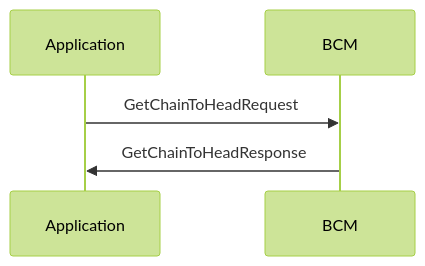
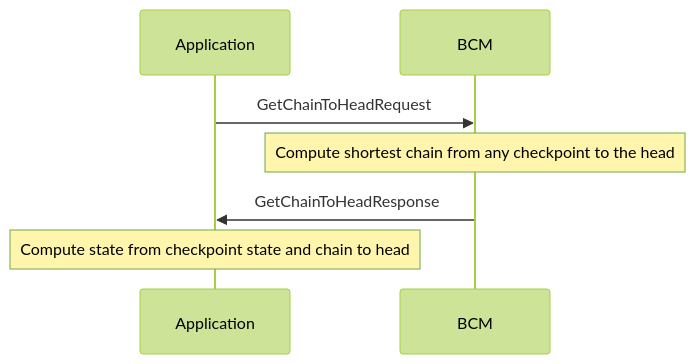
One commit to consensus-shipyard/mir changed the fourth of 4 diagrams in pkg/blockchain/README.md. Above: the diagram before and after it, drawn with Mermaid (forest theme). The commit also changed other lines of this file and 5 other files, not shown here.

````diff
--- a/pkg/blockchain/README.md
+++ b/pkg/blockchain/README.md
@@ -223,5 +222,7 @@
 ```mermaid
 sequenceDiagram
 Application ->> BCM: GetChainToHeadRequest
+Note over BCM: Compute shortest chain from any checkpoint to the head
 BCM ->> Application: GetChainToHeadResponse
+Note over Application: Compute state from checkpoint state and chain to head
 ```
````
